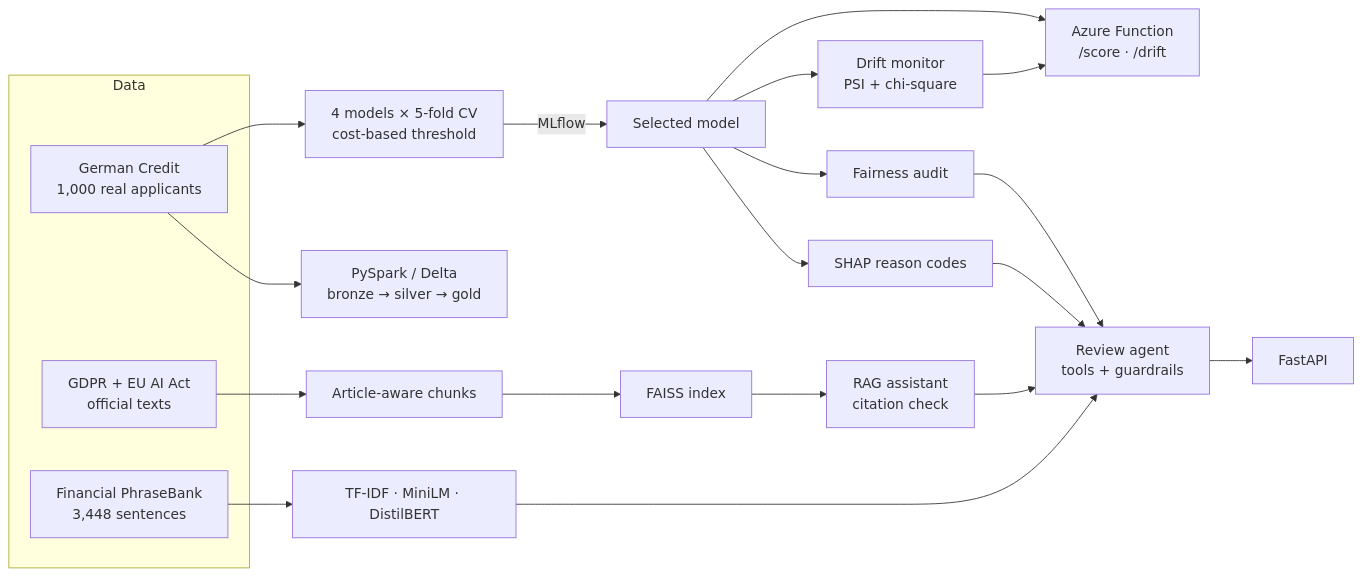
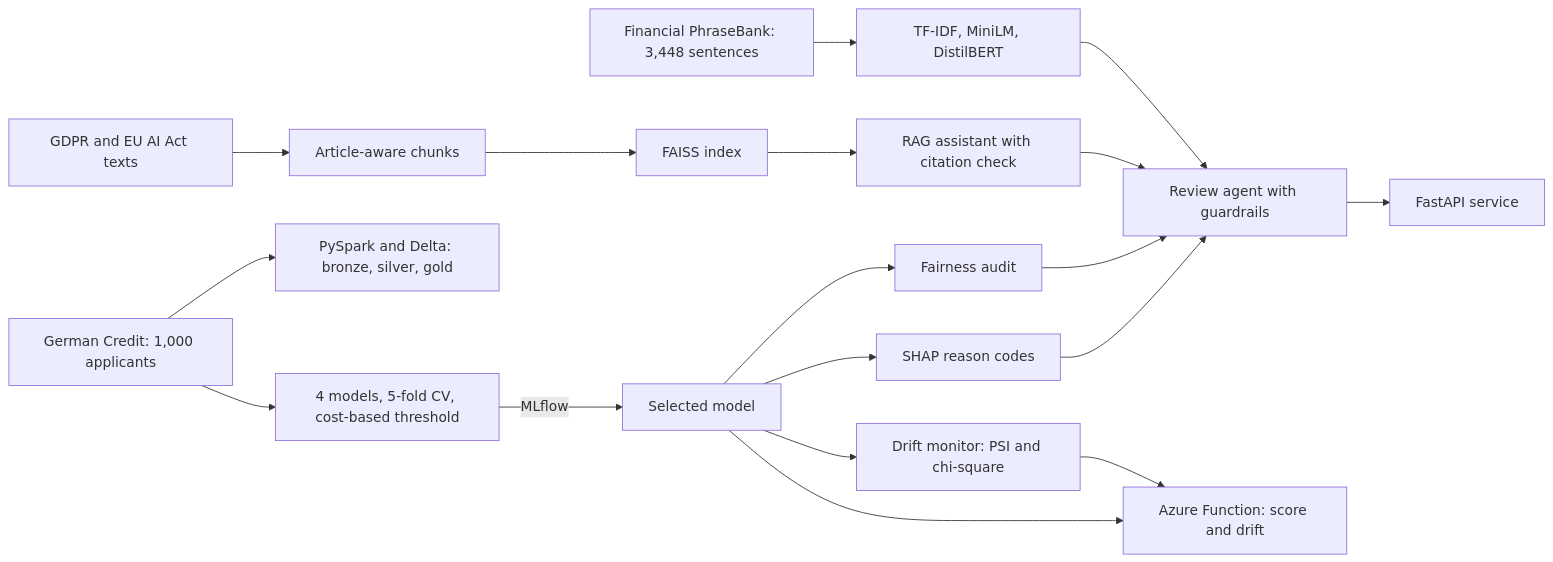
Before and after one commit to shubhamyad86-ai/nyaya: the diagram in README.md, drawn with Mermaid. The commit also changed 2 other files, not shown here.

Commit message:
Fix CI model logging; simpler diagram

````diff
--- a/README.md
+++ b/README.md
@@ -57,19 +57,20 @@
 ```mermaid
 flowchart LR
-    subgraph Data
-        A[German Credit<br/>1,000 real applicants]
-        H[GDPR + EU AI Act<br/>official texts]
-        S[Financial PhraseBank<br/>3,448 sentences]
-    end
-    A --> B[PySpark / Delta<br/>bronze → silver → gold]
-    A --> D[4 models × 5-fold CV<br/>cost-based threshold]
-    D -->|MLflow| E[Selected model]
-    E --> F[SHAP reason codes]
-    E --> G[Fairness audit]
-    E --> N[Drift monitor<br/>PSI + chi-square]
-    H --> I[Article-aware chunks] --> J[FAISS index] --> K[RAG assistant<br/>citation check]
-    S --> T[TF-IDF · MiniLM · DistilBERT]
-    F & G & K & T --> L[Review agent<br/>tools + guardrails]
-    L --> M[FastAPI]
-    E & N --> O[Azure Function<br/>/score · /drift]
+    A["German Credit: 1,000 applicants"] --> D["4 models, 5-fold CV, cost-based threshold"]
+    A --> B["PySpark and Delta: bronze, silver, gold"]
+    D -->|MLflow| E["Selected model"]
+    E --> F["SHAP reason codes"]
+    E --> G["Fairness audit"]
+    E --> N["Drift monitor: PSI and chi-square"]
+    H["GDPR and EU AI Act texts"] --> I["Article-aware chunks"]
+    I --> J["FAISS index"]
+    J --> K["RAG assistant with citation check"]
+    S["Financial PhraseBank: 3,448 sentences"] --> T["TF-IDF, MiniLM, DistilBERT"]
+    F --> L["Review agent with guardrails"]
+    G --> L
+    K --> L
+    T --> L
+    L --> M["FastAPI service"]
+    E --> O["Azure Function: score and drift"]
+    N --> O
 ```
````
